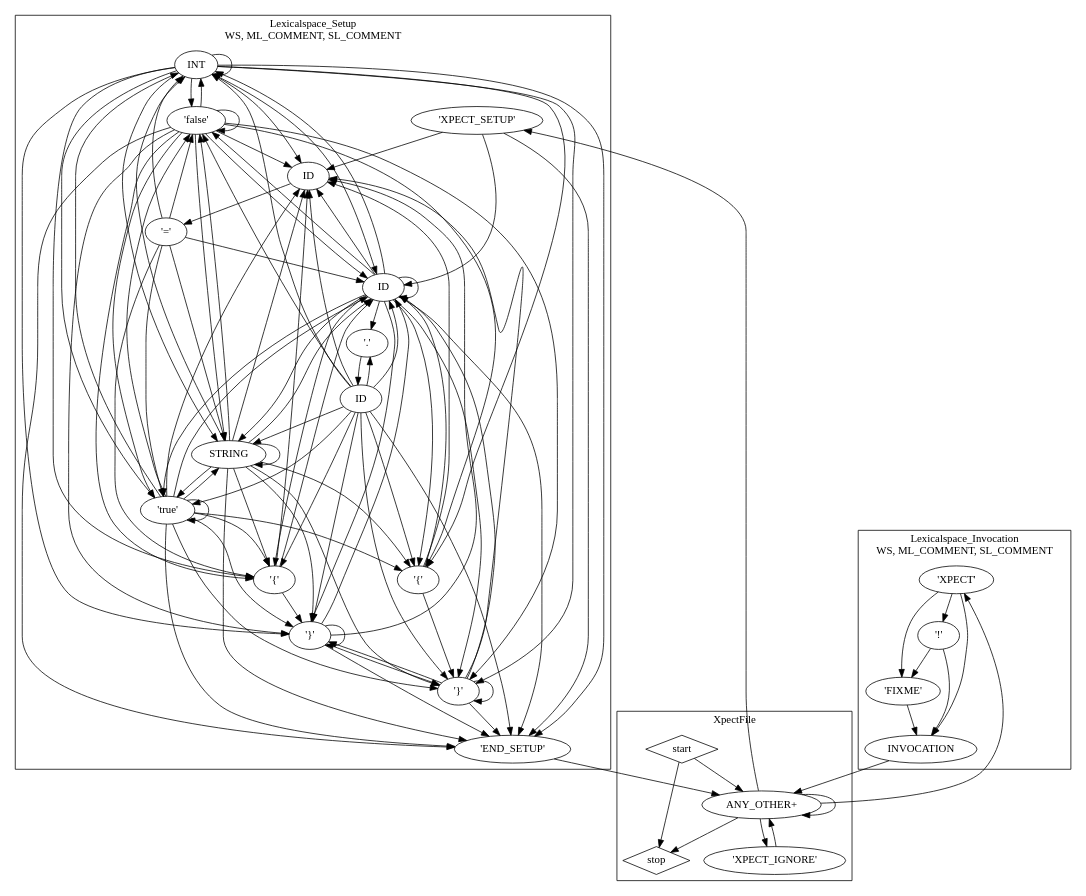
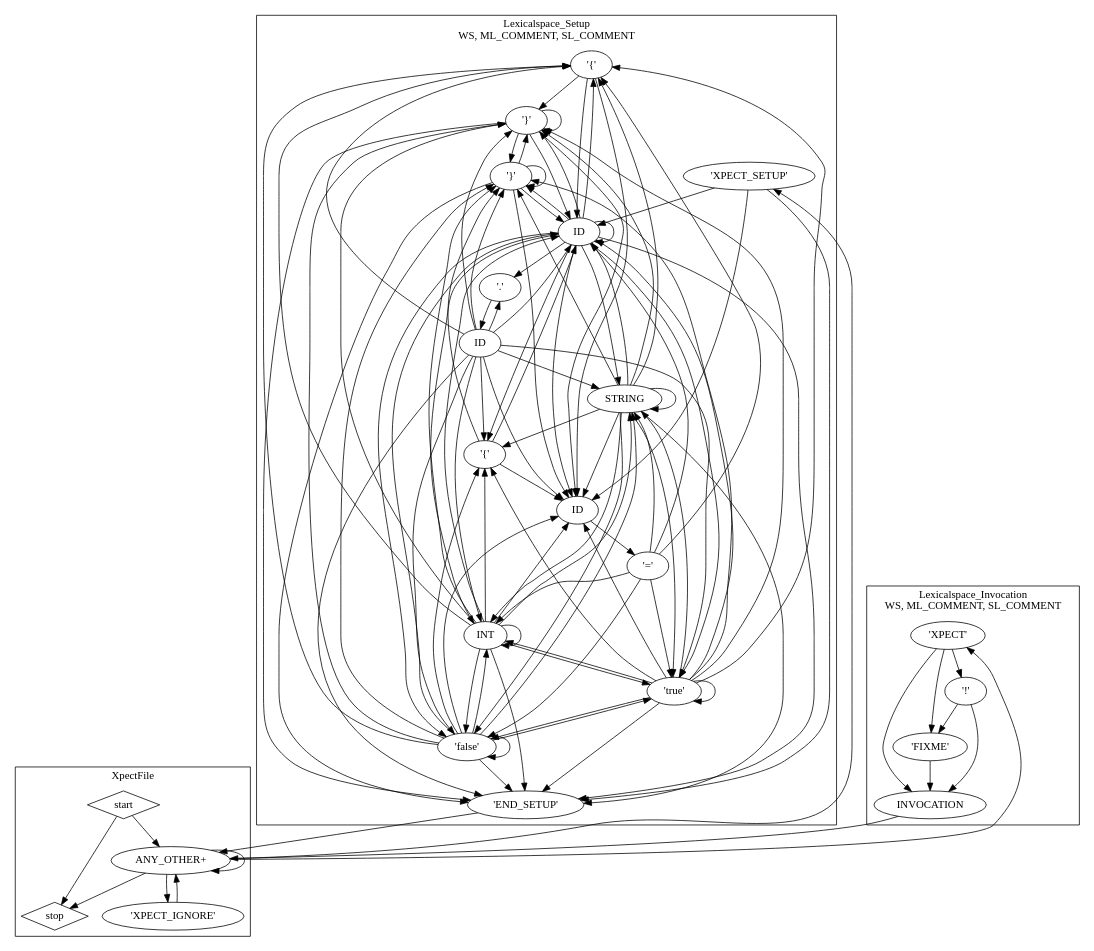
Before and after one commit to tjeske/Xpect: the diagram in org.eclipse.xpect/src-gen/org/eclipse/xpect/lexer/XpectRTGrammarNfa.dot, drawn with Graphviz. The commit also changed 66 other files, not shown here.

```diff
--- a/org.eclipse.xpect/src-gen/org/eclipse/xpect/lexer/XpectRTGrammarNfa.dot
+++ b/org.eclipse.xpect/src-gen/org/eclipse/xpect/lexer/XpectRTGrammarNfa.dot
@@ -1,150 +1,150 @@
 ## This is a Graphviz .dot file (http://www.graphviz.org/)
 ## You can use the command 'dot -Tpdf this.dot > out.pdf' to render it.
 digraph G {
-subgraph cluster_lexicalgroup435175610 {
-label="Lexicalspace_Setup\nWS, ML_COMMENT, SL_COMMENT";
-tokennfastate883636619 [label=INT];
-tokennfastate209293658 [label="'XPECT_SETUP'"];
-tokennfastate145583401 [label="'false'"];
-tokennfastate1630578421 [label="'='"];
-tokennfastate1902333540 [label=ID];
-tokennfastate635586824 [label="'.'"];
-tokennfastate1312137753 [label="'{'"];
-tokennfastate1634960959 [label="'true'"];
-tokennfastate1068554718 [label="'}'"];
-tokennfastate1707882754 [label="'}'"];
-tokennfastate199871622 [label=STRING];
-tokennfastate1731669280 [label="'{'"];
-tokennfastate363526065 [label=ID];
-tokennfastate692151071 [label=ID];
-tokennfastate349508554 [label="'END_SETUP'"];
+subgraph cluster_lexicalgroup236055802 {
+label="XpectFile\n";
+tokennfastate288329615 [label="ANY_OTHER+"];
+tokennfastate1875395688 [shape=diamond,label=stop];
+tokennfastate1925117845 [label="'XPECT_IGNORE'"];
+tokennfastate1792953030 [shape=diamond,label=start];
 }
 
-subgraph cluster_lexicalgroup1803361784 {
-label="Lexicalspace_Invocation\nWS, ML_COMMENT, SL_COMMENT";
-tokennfastate148647961 [label="'FIXME'"];
-tokennfastate718712504 [label="'!'"];
-tokennfastate438485434 [label=INVOCATION];
-tokennfastate2004020264 [label="'XPECT'"];
+subgraph cluster_lexicalgroup50297459 {
+label="Lexicalspace_Setup\nWS, ML_COMMENT, SL_COMMENT";
+tokennfastate2010162322 [label="'{'"];
+tokennfastate793164837 [label="'true'"];
+tokennfastate1166254470 [label="'false'"];
+tokennfastate1866484678 [label="'}'"];
+tokennfastate1434796930 [label=ID];
+tokennfastate1786221884 [label="'}'"];
+tokennfastate1202138162 [label="'XPECT_SETUP'"];
+tokennfastate1299158298 [label="'.'"];
+tokennfastate2051378291 [label=ID];
+tokennfastate292568264 [label=INT];
+tokennfastate364413600 [label="'END_SETUP'"];
+tokennfastate1842040624 [label="'{'"];
+tokennfastate2017703518 [label=STRING];
+tokennfastate472467991 [label=ID];
+tokennfastate1044144931 [label="'='"];
 }
 
-subgraph cluster_lexicalgroup1329897103 {
-label="XpectFile\n";
-tokennfastate1756332680 [label="ANY_OTHER+"];
-tokennfastate1227891003 [label="'XPECT_IGNORE'"];
-tokennfastate168354843 [shape=diamond,label=start];
-tokennfastate235460721 [shape=diamond,label=stop];
+subgraph cluster_lexicalgroup1874542689 {
+label="Lexicalspace_Invocation\nWS, ML_COMMENT, SL_COMMENT";
+tokennfastate1191183951 [label=INVOCATION];
+tokennfastate264953989 [label="'XPECT'"];
+tokennfastate525180031 [label="'FIXME'"];
+tokennfastate49737193 [label="'!'"];
 }
 
-tokennfastate883636619->tokennfastate1731669280 [];
-tokennfastate883636619->tokennfastate1707882754 [];
-tokennfastate883636619->tokennfastate692151071 [];
-tokennfastate883636619->tokennfastate1902333540 [];
-tokennfastate883636619->tokennfastate1068554718 [];
-tokennfastate883636619->tokennfastate349508554 [];
-tokennfastate883636619->tokennfastate1312137753 [];
-tokennfastate883636619->tokennfastate1634960959 [];
-tokennfastate883636619->tokennfastate145583401 [];
-tokennfastate883636619->tokennfastate883636619 [];
-tokennfastate883636619->tokennfastate199871622 [];
-tokennfastate209293658->tokennfastate349508554 [];
-tokennfastate209293658->tokennfastate692151071 [];
-tokennfastate209293658->tokennfastate1902333540 [];
-tokennfastate145583401->tokennfastate1731669280 [];
-tokennfastate145583401->tokennfastate1707882754 [];
-tokennfastate145583401->tokennfastate692151071 [];
-tokennfastate145583401->tokennfastate1902333540 [];
-tokennfastate145583401->tokennfastate1068554718 [];
-tokennfastate145583401->tokennfastate349508554 [];
-tokennfastate145583401->tokennfastate1312137753 [];
-tokennfastate145583401->tokennfastate1634960959 [];
-tokennfastate145583401->tokennfastate145583401 [];
-tokennfastate145583401->tokennfastate883636619 [];
-tokennfastate145583401->tokennfastate199871622 [];
-tokennfastate1630578421->tokennfastate692151071 [];
-tokennfastate1630578421->tokennfastate1731669280 [];
-tokennfastate1630578421->tokennfastate1634960959 [];
-tokennfastate1630578421->tokennfastate145583401 [];
-tokennfastate1630578421->tokennfastate883636619 [];
-tokennfastate1630578421->tokennfastate199871622 [];
-tokennfastate1902333540->tokennfastate1630578421 [];
-tokennfastate635586824->tokennfastate363526065 [];
-tokennfastate1312137753->tokennfastate1707882754 [];
-tokennfastate1312137753->tokennfastate692151071 [];
-tokennfastate1312137753->tokennfastate1902333540 [];
-tokennfastate1634960959->tokennfastate1731669280 [];
-tokennfastate1634960959->tokennfastate1707882754 [];
-tokennfastate1634960959->tokennfastate692151071 [];
-tokennfastate1634960959->tokennfastate1902333540 [];
-tokennfastate1634960959->tokennfastate1068554718 [];
-tokennfastate1634960959->tokennfastate349508554 [];
-tokennfastate1634960959->tokennfastate1312137753 [];
-tokennfastate1634960959->tokennfastate1634960959 [];
-tokennfastate1634960959->tokennfastate145583401 [];
-tokennfastate1634960959->tokennfastate883636619 [];
-tokennfastate1634960959->tokennfastate199871622 [];
-tokennfastate1068554718->tokennfastate1707882754 [];
-tokennfastate1068554718->tokennfastate692151071 [];
-tokennfastate1068554718->tokennfastate1902333540 [];
-tokennfastate1068554718->tokennfastate1068554718 [];
-tokennfastate1068554718->tokennfastate349508554 [];
-tokennfastate1707882754->tokennfastate349508554 [];
-tokennfastate1707882754->tokennfastate692151071 [];
-tokennfastate1707882754->tokennfastate1902333540 [];
-tokennfastate1707882754->tokennfastate1707882754 [];
-tokennfastate1707882754->tokennfastate1068554718 [];
-tokennfastate199871622->tokennfastate1731669280 [];
-tokennfastate199871622->tokennfastate1707882754 [];
-tokennfastate199871622->tokennfastate692151071 [];
-tokennfastate199871622->tokennfastate1902333540 [];
-tokennfastate199871622->tokennfastate1068554718 [];
-tokennfastate199871622->tokennfastate349508554 [];
-tokennfastate199871622->tokennfastate1312137753 [];
-tokennfastate199871622->tokennfastate1634960959 [];
-tokennfastate199871622->tokennfastate145583401 [];
-tokennfastate199871622->tokennfastate883636619 [];
-tokennfastate199871622->tokennfastate199871622 [];
-tokennfastate1731669280->tokennfastate1068554718 [];
-tokennfastate1731669280->tokennfastate1902333540 [];
-tokennfastate1731669280->tokennfastate692151071 [];
-tokennfastate363526065->tokennfastate1312137753 [];
-tokennfastate363526065->tokennfastate1634960959 [];
-tokennfastate363526065->tokennfastate145583401 [];
-tokennfastate363526065->tokennfastate883636619 [];
-tokennfastate363526065->tokennfastate199871622 [];
-tokennfastate363526065->tokennfastate1707882754 [];
-tokennfastate363526065->tokennfastate692151071 [];
-tokennfastate363526065->tokennfastate1902333540 [];
-tokennfastate363526065->tokennfastate1068554718 [];
-tokennfastate363526065->tokennfastate349508554 [];
-tokennfastate363526065->tokennfastate1731669280 [];
-tokennfastate363526065->tokennfastate635586824 [];
-tokennfastate692151071->tokennfastate349508554 [];
-tokennfastate692151071->tokennfastate692151071 [];
-tokennfastate692151071->tokennfastate1902333540 [];
-tokennfastate692151071->tokennfastate635586824 [];
-tokennfastate692151071->tokennfastate1707882754 [];
-tokennfastate692151071->tokennfastate1068554718 [];
-tokennfastate692151071->tokennfastate1634960959 [];
-tokennfastate692151071->tokennfastate145583401 [];
-tokennfastate692151071->tokennfastate883636619 [];
-tokennfastate692151071->tokennfastate199871622 [];
-tokennfastate692151071->tokennfastate1731669280 [];
-tokennfastate692151071->tokennfastate1312137753 [];
-tokennfastate349508554->tokennfastate1756332680 [];
-tokennfastate148647961->tokennfastate438485434 [];
-tokennfastate718712504->tokennfastate438485434 [];
-tokennfastate718712504->tokennfastate148647961 [];
-tokennfastate438485434->tokennfastate1756332680 [];
-tokennfastate2004020264->tokennfastate438485434 [];
-tokennfastate2004020264->tokennfastate718712504 [];
-tokennfastate2004020264->tokennfastate148647961 [];
-tokennfastate1756332680->tokennfastate1227891003 [];
-tokennfastate1756332680->tokennfastate209293658 [];
-tokennfastate1756332680->tokennfastate2004020264 [];
-tokennfastate1756332680->tokennfastate235460721 [];
-tokennfastate1756332680->tokennfastate1756332680 [];
-tokennfastate1227891003->tokennfastate1756332680 [];
-tokennfastate168354843->tokennfastate235460721 [];
-tokennfastate168354843->tokennfastate1756332680 [];
+tokennfastate288329615->tokennfastate1925117845 [];
+tokennfastate288329615->tokennfastate1202138162 [];
+tokennfastate288329615->tokennfastate264953989 [];
+tokennfastate288329615->tokennfastate1875395688 [];
+tokennfastate288329615->tokennfastate288329615 [];
+tokennfastate1925117845->tokennfastate288329615 [];
+tokennfastate1792953030->tokennfastate1875395688 [];
+tokennfastate1792953030->tokennfastate288329615 [];
+tokennfastate2010162322->tokennfastate1786221884 [];
+tokennfastate2010162322->tokennfastate2051378291 [];
+tokennfastate2010162322->tokennfastate472467991 [];
+tokennfastate793164837->tokennfastate2010162322 [];
+tokennfastate793164837->tokennfastate1866484678 [];
+tokennfastate793164837->tokennfastate472467991 [];
+tokennfastate793164837->tokennfastate2051378291 [];
+tokennfastate793164837->tokennfastate1786221884 [];
+tokennfastate793164837->tokennfastate364413600 [];
+tokennfastate793164837->tokennfastate1842040624 [];
+tokennfastate793164837->tokennfastate793164837 [];
+tokennfastate793164837->tokennfastate1166254470 [];
+tokennfastate793164837->tokennfastate292568264 [];
+tokennfastate793164837->tokennfastate2017703518 [];
+tokennfastate1166254470->tokennfastate2010162322 [];
+tokennfastate1166254470->tokennfastate1866484678 [];
+tokennfastate1166254470->tokennfastate472467991 [];
+tokennfastate1166254470->tokennfastate2051378291 [];
+tokennfastate1166254470->tokennfastate1786221884 [];
+tokennfastate1166254470->tokennfastate364413600 [];
+tokennfastate1166254470->tokennfastate1842040624 [];
+tokennfastate1166254470->tokennfastate793164837 [];
+tokennfastate1166254470->tokennfastate1166254470 [];
+tokennfastate1166254470->tokennfastate292568264 [];
+tokennfastate1166254470->tokennfastate2017703518 [];
+tokennfastate1866484678->tokennfastate364413600 [];
+tokennfastate1866484678->tokennfastate472467991 [];
+tokennfastate1866484678->tokennfastate2051378291 [];
+tokennfastate1866484678->tokennfastate1866484678 [];
+tokennfastate1866484678->tokennfastate1786221884 [];
+tokennfastate1434796930->tokennfastate1842040624 [];
+tokennfastate1434796930->tokennfastate793164837 [];
+tokennfastate1434796930->tokennfastate1166254470 [];
+tokennfastate1434796930->tokennfastate292568264 [];
+tokennfastate1434796930->tokennfastate2017703518 [];
+tokennfastate1434796930->tokennfastate1866484678 [];
+tokennfastate1434796930->tokennfastate472467991 [];
+tokennfastate1434796930->tokennfastate2051378291 [];
+tokennfastate1434796930->tokennfastate1786221884 [];
+tokennfastate1434796930->tokennfastate364413600 [];
+tokennfastate1434796930->tokennfastate2010162322 [];
+tokennfastate1434796930->tokennfastate1299158298 [];
+tokennfastate1786221884->tokennfastate1866484678 [];
+tokennfastate1786221884->tokennfastate472467991 [];
+tokennfastate1786221884->tokennfastate2051378291 [];
+tokennfastate1786221884->tokennfastate1786221884 [];
+tokennfastate1786221884->tokennfastate364413600 [];
+tokennfastate1202138162->tokennfastate364413600 [];
+tokennfastate1202138162->tokennfastate472467991 [];
+tokennfastate1202138162->tokennfastate2051378291 [];
+tokennfastate1299158298->tokennfastate1434796930 [];
+tokennfastate2051378291->tokennfastate1044144931 [];
+tokennfastate292568264->tokennfastate2010162322 [];
+tokennfastate292568264->tokennfastate1866484678 [];
+tokennfastate292568264->tokennfastate472467991 [];
+tokennfastate292568264->tokennfastate2051378291 [];
+tokennfastate292568264->tokennfastate1786221884 [];
+tokennfastate292568264->tokennfastate364413600 [];
+tokennfastate292568264->tokennfastate1842040624 [];
+tokennfastate292568264->tokennfastate793164837 [];
+tokennfastate292568264->tokennfastate1166254470 [];
+tokennfastate292568264->tokennfastate292568264 [];
+tokennfastate292568264->tokennfastate2017703518 [];
+tokennfastate364413600->tokennfastate288329615 [];
+tokennfastate1842040624->tokennfastate1866484678 [];
+tokennfastate1842040624->tokennfastate472467991 [];
+tokennfastate1842040624->tokennfastate2051378291 [];
+tokennfastate2017703518->tokennfastate2010162322 [];
+tokennfastate2017703518->tokennfastate1866484678 [];
+tokennfastate2017703518->tokennfastate472467991 [];
+tokennfastate2017703518->tokennfastate2051378291 [];
+tokennfastate2017703518->tokennfastate1786221884 [];
+tokennfastate2017703518->tokennfastate364413600 [];
+tokennfastate2017703518->tokennfastate1842040624 [];
+tokennfastate2017703518->tokennfastate793164837 [];
+tokennfastate2017703518->tokennfastate1166254470 [];
+tokennfastate2017703518->tokennfastate292568264 [];
+tokennfastate2017703518->tokennfastate2017703518 [];
+tokennfastate472467991->tokennfastate364413600 [];
+tokennfastate472467991->tokennfastate472467991 [];
+tokennfastate472467991->tokennfastate2051378291 [];
+tokennfastate472467991->tokennfastate1299158298 [];
+tokennfastate472467991->tokennfastate1866484678 [];
+tokennfastate472467991->tokennfastate1786221884 [];
+tokennfastate472467991->tokennfastate793164837 [];
+tokennfastate472467991->tokennfastate1166254470 [];
+tokennfastate472467991->tokennfastate292568264 [];
+tokennfastate472467991->tokennfastate2017703518 [];
+tokennfastate472467991->tokennfastate2010162322 [];
+tokennfastate472467991->tokennfastate1842040624 [];
+tokennfastate1044144931->tokennfastate472467991 [];
+tokennfastate1044144931->tokennfastate2010162322 [];
+tokennfastate1044144931->tokennfastate793164837 [];
+tokennfastate1044144931->tokennfastate1166254470 [];
+tokennfastate1044144931->tokennfastate292568264 [];
+tokennfastate1044144931->tokennfastate2017703518 [];
+tokennfastate1191183951->tokennfastate288329615 [];
+tokennfastate264953989->tokennfastate1191183951 [];
+tokennfastate264953989->tokennfastate49737193 [];
+tokennfastate264953989->tokennfastate525180031 [];
+tokennfastate525180031->tokennfastate1191183951 [];
+tokennfastate49737193->tokennfastate1191183951 [];
+tokennfastate49737193->tokennfastate525180031 [];
 }
```
